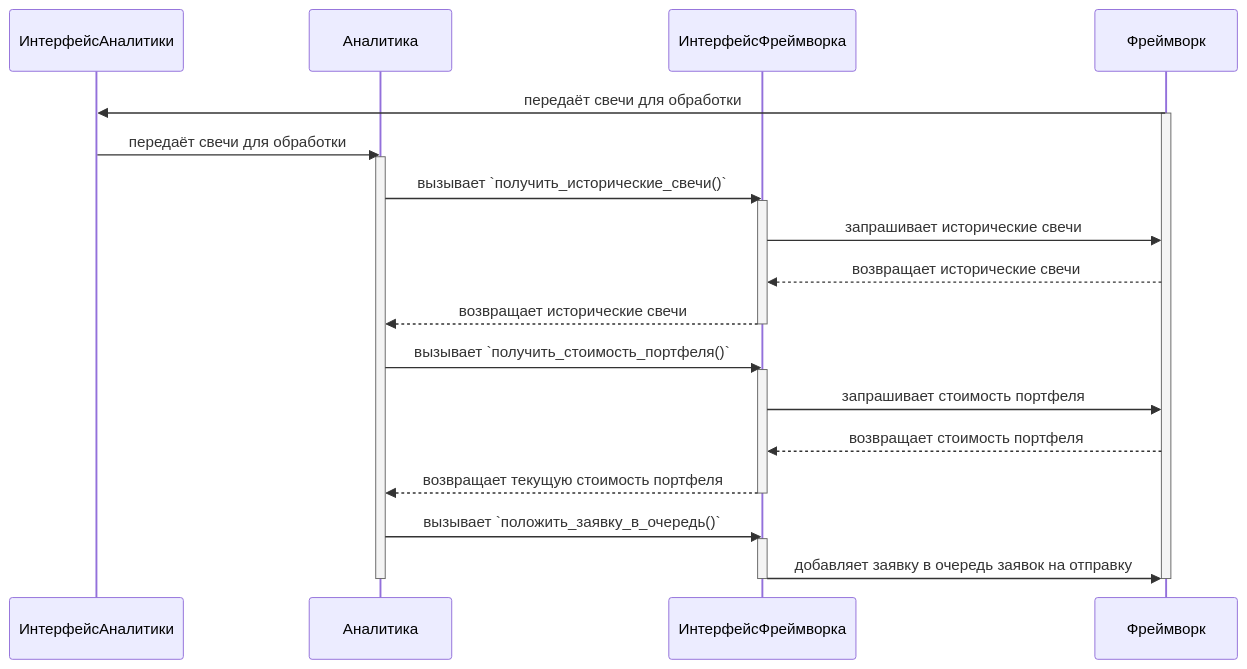
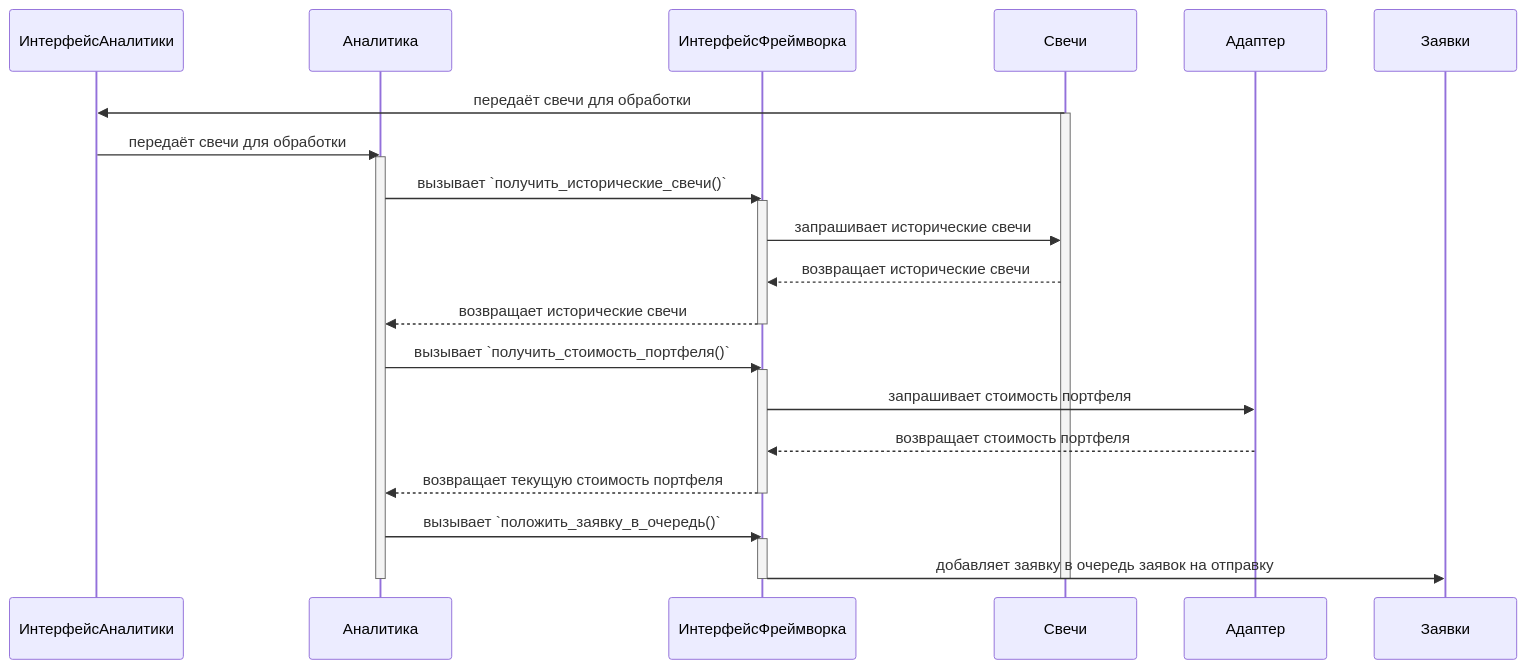
Before and after one commit to Marat22/MiriadRobotDocs: the seventh of 21 diagrams in robot-logic.md, drawn with Mermaid. The commit also changed other lines of this file, not shown here.

Commit message:
Более подробно расписал процесс ИнтерфейсАналитики и ИнтерфейсФреймворка

````diff
--- a/robot-logic.md
+++ b/robot-logic.md
@@ -162,30 +161,32 @@
 ```mermaid
 sequenceDiagram
     participant ИнтерфейсАналитики
     participant Аналитика
     participant ИнтерфейсФреймворка
-    participant Фреймворк
+    participant Свечи
+    participant Адаптер
+    participant Заявки
 
-    Фреймворк->>ИнтерфейсАналитики: передаёт свечи для обработки
-    activate Фреймворк
+    Свечи->>ИнтерфейсАналитики: передаёт свечи для обработки
+    activate Свечи
     ИнтерфейсАналитики->>Аналитика: передаёт свечи для обработки
     activate Аналитика
     Аналитика->>ИнтерфейсФреймворка: вызывает `получить_исторические_свечи()`
     activate ИнтерфейсФреймворка
-    ИнтерфейсФреймворка->>Фреймворк: запрашивает исторические свечи
-    Фреймворк-->>ИнтерфейсФреймворка: возвращает исторические свечи
+    ИнтерфейсФреймворка->>Свечи: запрашивает исторические свечи
+    Свечи-->>ИнтерфейсФреймворка: возвращает исторические свечи
     ИнтерфейсФреймворка-->>Аналитика: возвращает исторические свечи
     deactivate ИнтерфейсФреймворка
     Аналитика->>ИнтерфейсФреймворка: вызывает `получить_стоимость_портфеля()`
     activate ИнтерфейсФреймворка
-    ИнтерфейсФреймворка->>Фреймворк: запрашивает стоимость портфеля
-    Фреймворк-->>ИнтерфейсФреймворка: возвращает стоимость портфеля
+    ИнтерфейсФреймворка->>Адаптер: запрашивает стоимость портфеля
+    Адаптер-->>ИнтерфейсФреймворка: возвращает стоимость портфеля
     ИнтерфейсФреймворка-->>Аналитика: возвращает текущую стоимость портфеля
     deactivate ИнтерфейсФреймворка
     Аналитика->>ИнтерфейсФреймворка: вызывает `положить_заявку_в_очередь()`
     activate ИнтерфейсФреймворка
-    ИнтерфейсФреймворка->>Фреймворк: добавляет заявку в очередь заявок на отправку
+    ИнтерфейсФреймворка->>Заявки: добавляет заявку в очередь заявок на отправку
     deactivate ИнтерфейсФреймворка
     deactivate Аналитика
-    deactivate Фреймворк
+    deactivate Свечи
 ```
````
